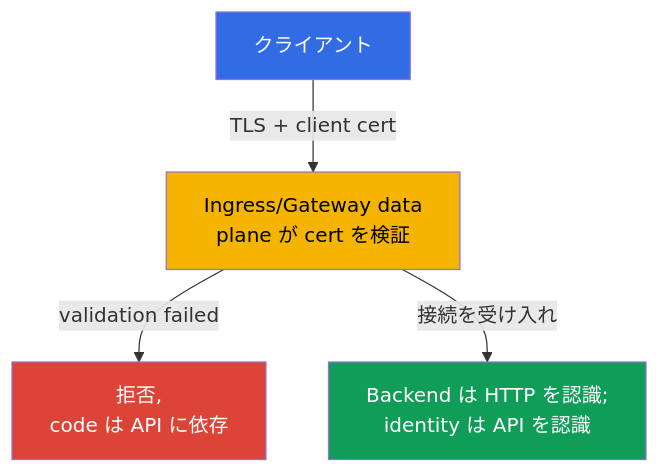
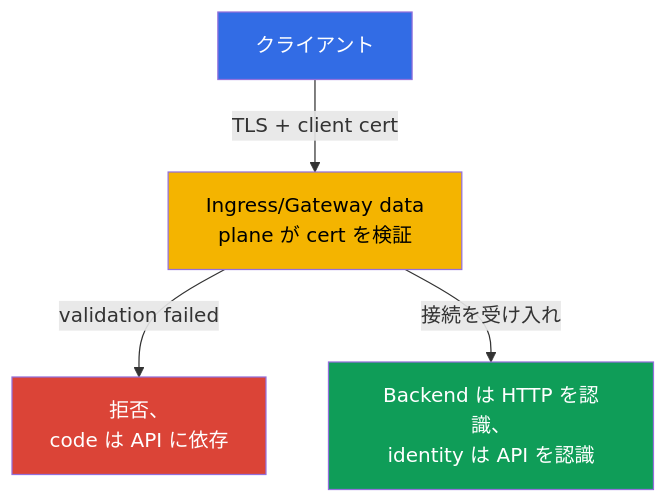
One commit to ViktorUJ/cks changed the second of 2 diagrams in tasks/cks/course/08/jp.md. Above: the diagram before and after it, drawn with Mermaid. The commit also changed other lines of this file and 280 other files, not shown here.

````diff
--- a/tasks/cks/course/08/jp.md
+++ b/tasks/cks/course/08/jp.md
@@ -326,10 +326,10 @@
 ```mermaid
 flowchart TB
     client["クライアント"] -->|"TLS + client cert"| edge["Ingress/Gateway data<br/>plane が cert を検証"]
-    edge -->|"validation failed"| deny["拒否,<br/>code は API に依存"]
-    edge -->|"接続を受け入れ"| backend["Backend は HTTP を認識;<br/>identity は API を認識"]
+    edge -->|"validation failed"| deny["拒否、<br/>code は API に依存"]
+    edge -->|"接続を受け入れ"| backend["Backend は HTTP を認識、<br/>identity は API を認識"]
     style client fill:#326ce5,color:#fff
     style edge fill:#f4b400,color:#000
     style deny fill:#db4437,color:#fff
     style backend fill:#0f9d58,color:#fff
 ```
````
